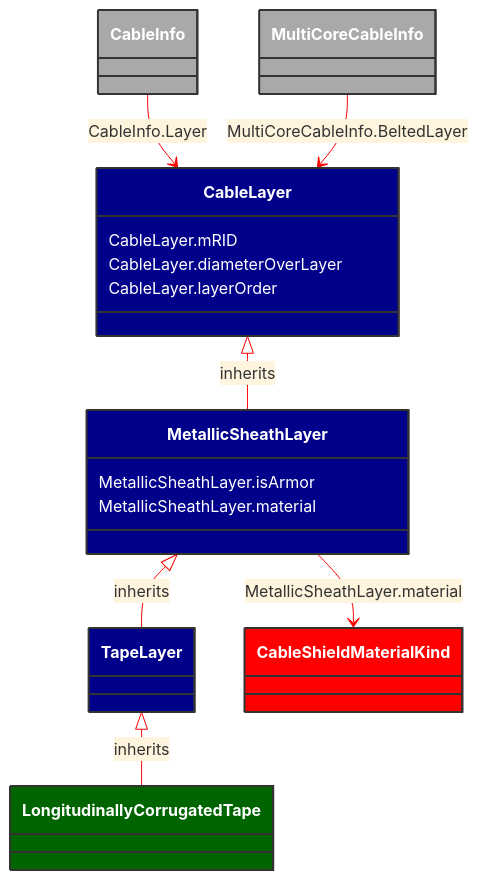
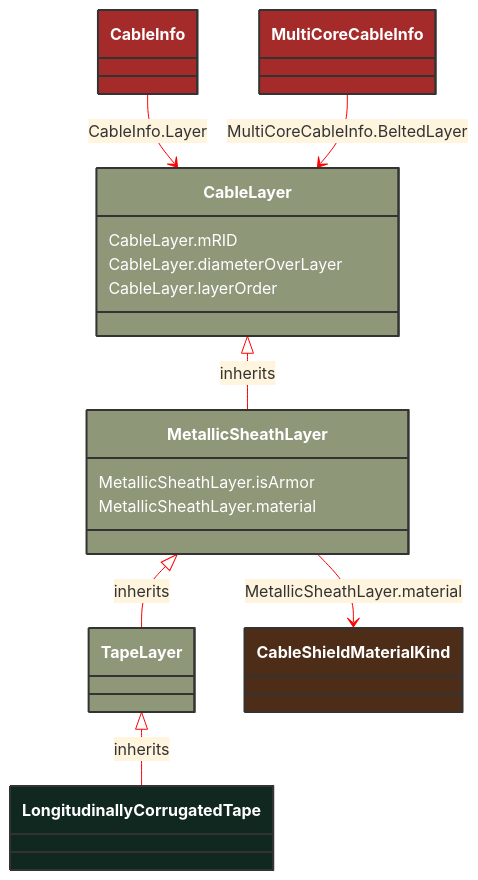
One commit to 3lbits/NoCIMExtensions changed the diagram in docs/Models/Profiles/SubseaCableInfo/ConcreteClasses/LongitudinallyCorrugatedTape.md. Above: the diagram before and after it, drawn with Mermaid. The commit also changed 190 other files, not shown here.

````diff
--- a/docs/Models/Profiles/SubseaCableInfo/ConcreteClasses/LongitudinallyCorrugatedTape.md
+++ b/docs/Models/Profiles/SubseaCableInfo/ConcreteClasses/LongitudinallyCorrugatedTape.md
@@ -8,48 +8,44 @@
 ```mermaid
 %%{init: {'theme':'base','themeVariables': {'lineColor': '#FF0000'}}}%%
 classDiagram
     class LongitudinallyCorrugatedTape
     click LongitudinallyCorrugatedTape href "/Models/Profiles/SubseaCableInfo/ConcreteClasses/LongitudinallyCorrugatedTape/"
-    style LongitudinallyCorrugatedTape fill:#006400,stroke:#333,stroke-width:2px,rx:10,ry:10,color:white
-
+    style LongitudinallyCorrugatedTape fill:#102820,stroke:#333,stroke-width:2px,rx:10,ry:10,color:white
+     
         TapeLayer <|-- LongitudinallyCorrugatedTape : inherits
             click TapeLayer href "/Models/Profiles/SubseaCableInfo/ConcreteClasses/TapeLayer/"
-            style TapeLayer fill:#00008B,stroke:#333,stroke-width:2px,rx:10,ry:10,color:white
-
-        LongitudinallyCorrugatedTape
-            click LongitudinallyCorrugatedTape href "/Models/Profiles/SubseaCableInfo/ConcreteClasses/LongitudinallyCorrugatedTape/"
-            style TapeLayer fill:#00008B,stroke:#333,stroke-width:2px,rx:10,ry:10,color:white
-
+            style TapeLayer fill:#8F9779,stroke:#333,stroke-width:2px,rx:10,ry:10,color:white
+     
         MetallicSheathLayer <|-- TapeLayer : inherits
             click MetallicSheathLayer href "/Models/Profiles/SubseaCableInfo/ConcreteClasses/MetallicSheathLayer/"
-            style MetallicSheathLayer fill:#00008B,stroke:#333,stroke-width:2px,rx:10,ry:10,color:white
-
+            style MetallicSheathLayer fill:#8F9779,stroke:#333,stroke-width:2px,rx:10,ry:10,color:white
+     
         CableLayer <|-- MetallicSheathLayer : inherits
             click CableLayer href "/Models/Profiles/SubseaCableInfo/AbstractClasses/CableLayer/"
-            style CableLayer fill:#00008B,stroke:#333,stroke-width:2px,rx:10,ry:10,color:white
+            style CableLayer fill:#8F9779,stroke:#333,stroke-width:2px,rx:10,ry:10,color:white
 
 
         CableInfo --> CableLayer : CableInfo.Layer
 
         CableInfo
             click CableInfo href "/Models/Profiles/SubseaCableInfo/ConcreteClasses/CableInfo/"
-            style CableInfo fill:#A9A9A9,stroke:#333,stroke-width:2px,rx:10,ry:10,color:white
+            style CableInfo fill:#A52A2A,stroke:#333,stroke-width:2px,rx:10,ry:10,color:white
 
         MultiCoreCableInfo --> CableLayer : MultiCoreCableInfo.BeltedLayer
 
         MultiCoreCableInfo
             click MultiCoreCableInfo href "/Models/Profiles/SubseaCableInfo/ConcreteClasses/MultiCoreCableInfo/"
-            style MultiCoreCableInfo fill:#A9A9A9,stroke:#333,stroke-width:2px,rx:10,ry:10,color:white
+            style MultiCoreCableInfo fill:#A52A2A,stroke:#333,stroke-width:2px,rx:10,ry:10,color:white
 
         MetallicSheathLayer --> CableShieldMaterialKind : MetallicSheathLayer.material
 
         CableShieldMaterialKind
             click CableShieldMaterialKind href "/Models/Profiles/SubseaCableInfo/Enumerations/CableShieldMaterialKind/"
-            style CableShieldMaterialKind fill:#FF0000,stroke:#333,stroke-width:2px,rx:10,ry:10,color:white
+            style CableShieldMaterialKind fill:#4D2D18,stroke:#333,stroke-width:2px,rx:10,ry:10,color:white
 
         MetallicSheathLayer : MetallicSheathLayer.isArmor
         MetallicSheathLayer : MetallicSheathLayer.material
         CableLayer : CableLayer.mRID
         CableLayer : CableLayer.diameterOverLayer
         CableLayer : CableLayer.layerOrder
 ```
````
